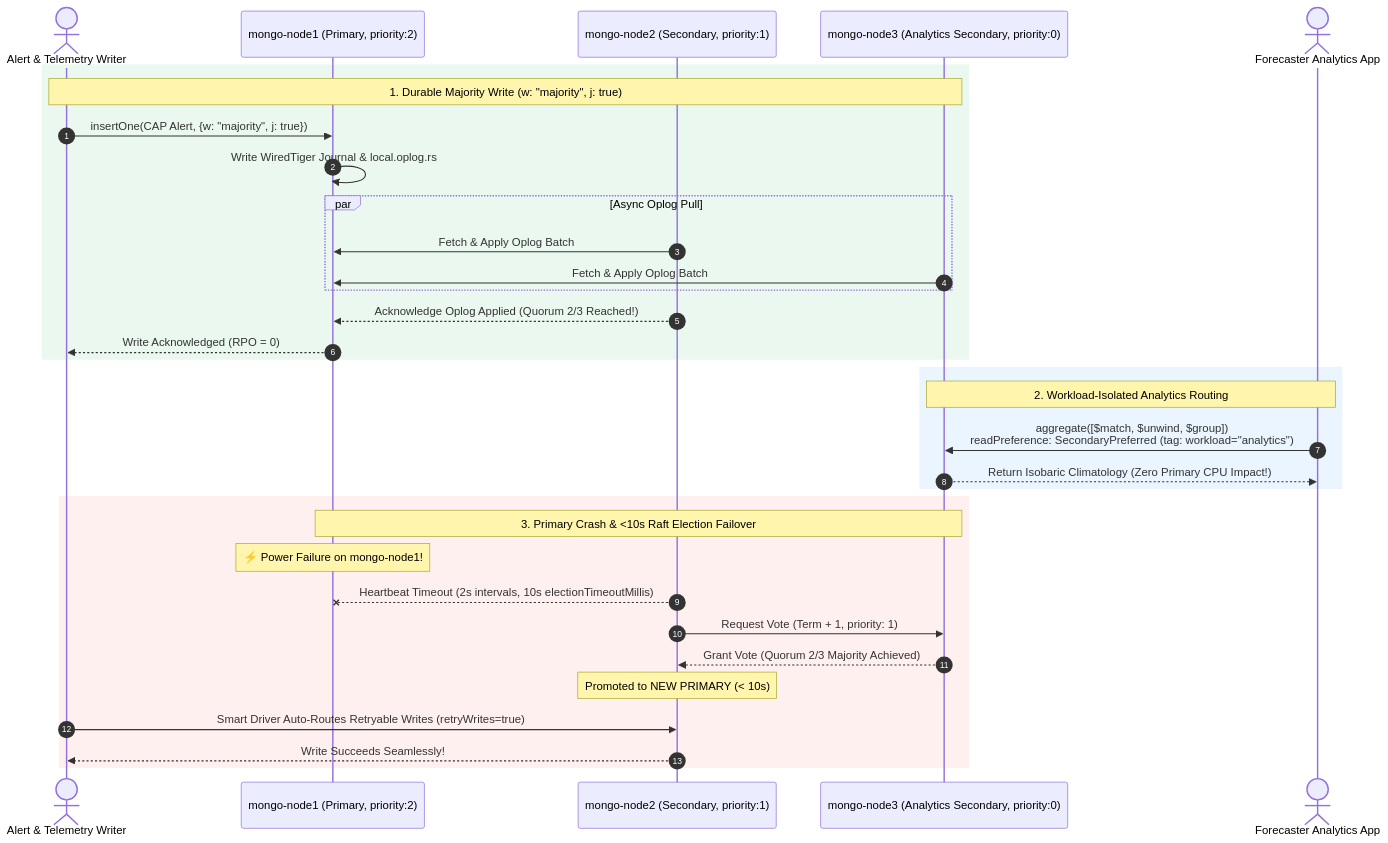
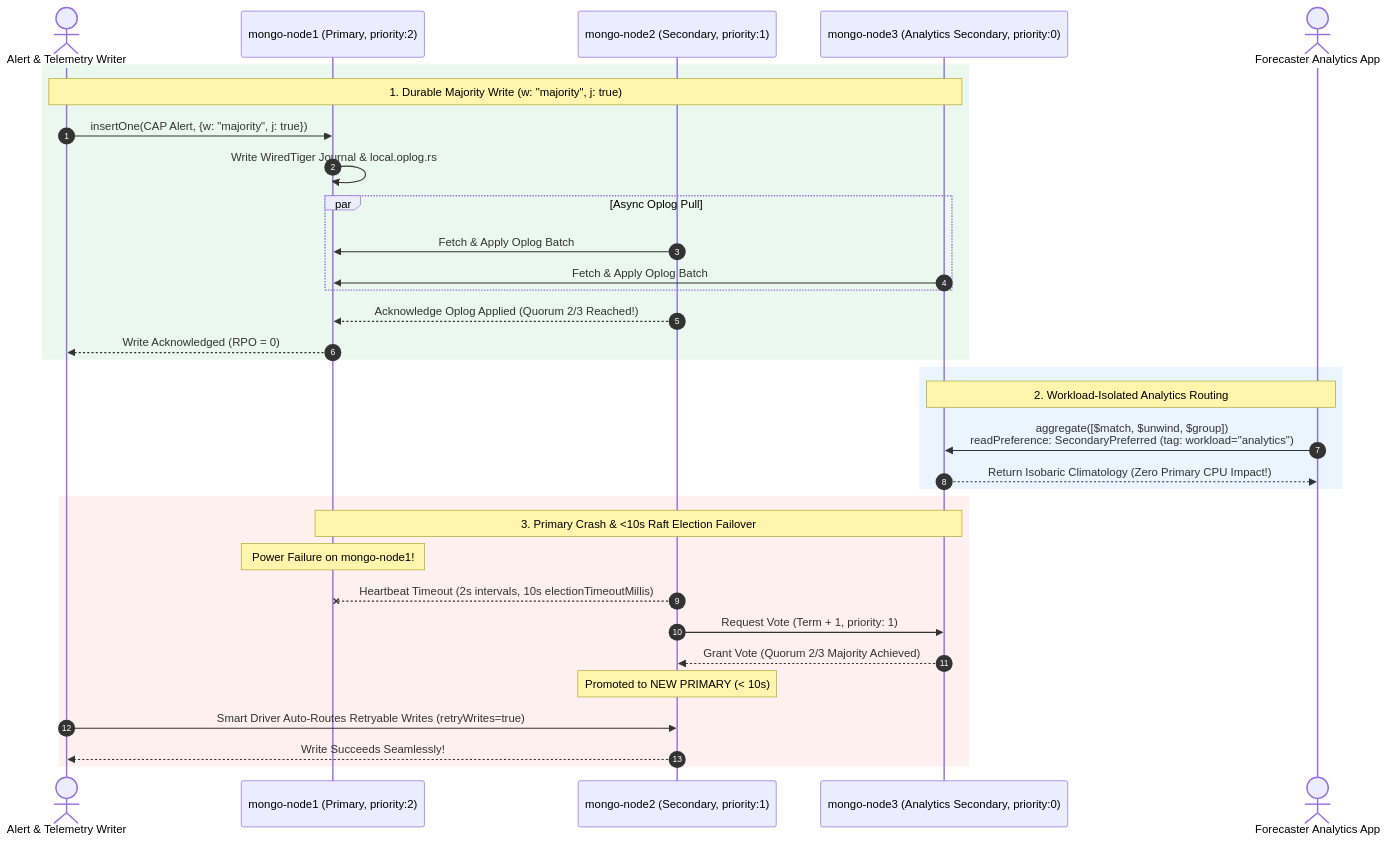
Before and after one commit to abdelouahabb/db-bootcamp: the second of 3 diagrams in day4/day4_master_coursebook.md, drawn with Mermaid. The commit also changed other lines of this file and 44 other files, not shown here.

````diff
--- a/day4/day4_master_coursebook.md
+++ b/day4/day4_master_coursebook.md
@@ -965,38 +965,38 @@
 ```mermaid
 sequenceDiagram
     autonumber
     actor Ingest as Alert & Telemetry Writer
     participant N1 as mongo-node1 (Primary, priority:2)
     participant N2 as mongo-node2 (Secondary, priority:1)
     participant N3 as mongo-node3 (Analytics Secondary, priority:0)
     actor Analyst as Forecaster Analytics App
 
     rect rgb(235, 248, 240)
     Note over Ingest,N3: 1. Durable Majority Write (w: "majority", j: true)
     Ingest->>N1: insertOne(CAP Alert, {w: "majority", j: true})
     N1->>N1: Write WiredTiger Journal & local.oplog.rs
     par Async Oplog Pull
         N2->>N1: Fetch & Apply Oplog Batch
         N3->>N1: Fetch & Apply Oplog Batch
     end
     N2-->>N1: Acknowledge Oplog Applied (Quorum 2/3 Reached!)
     N1-->>Ingest: Write Acknowledged (RPO = 0)
     end
 
     rect rgb(235, 245, 255)
     Note over N3,Analyst: 2. Workload-Isolated Analytics Routing
     Analyst->>N3: aggregate([$match, $unwind, $group])<br/>readPreference: SecondaryPreferred (tag: workload="analytics")
     N3-->>Analyst: Return Isobaric Climatology (Zero Primary CPU Impact!)
     end
 
     rect rgb(255, 240, 240)
     Note over N1,N3: 3. Primary Crash & <10s Raft Election Failover
-    Note over N1: ⚡ Power Failure on mongo-node1!
+    Note over N1: Power Failure on mongo-node1!
     N2--xN1: Heartbeat Timeout (2s intervals, 10s electionTimeoutMillis)
     N2->>N3: Request Vote (Term + 1, priority: 1)
     N3-->>N2: Grant Vote (Quorum 2/3 Majority Achieved)
     Note over N2: Promoted to NEW PRIMARY (< 10s)
     Ingest->>N2: Smart Driver Auto-Routes Retryable Writes (retryWrites=true)
     N2-->>Ingest: Write Succeeds Seamlessly!
     end
 ```
````
